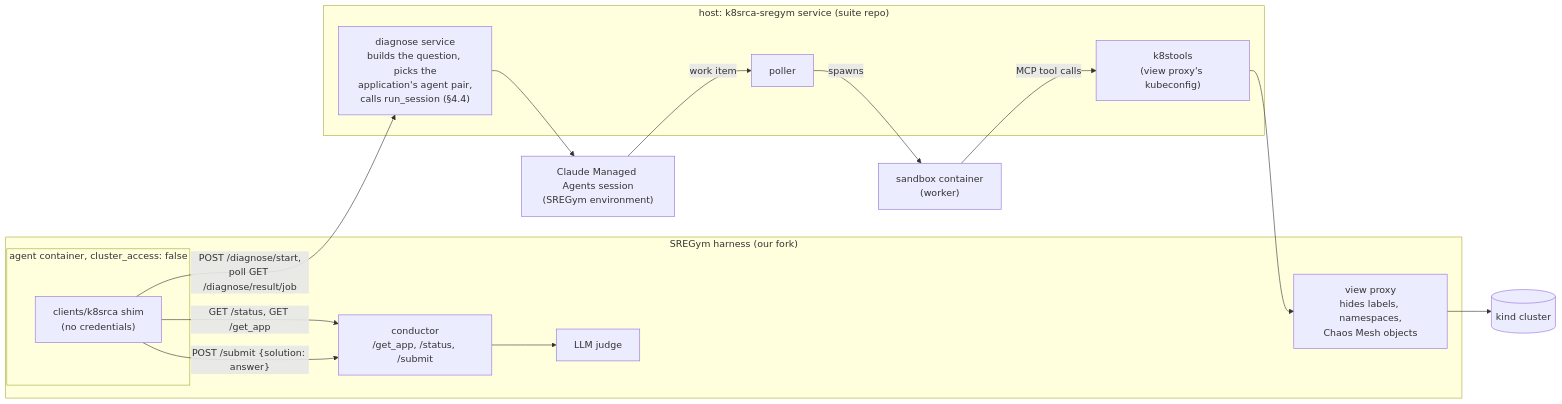
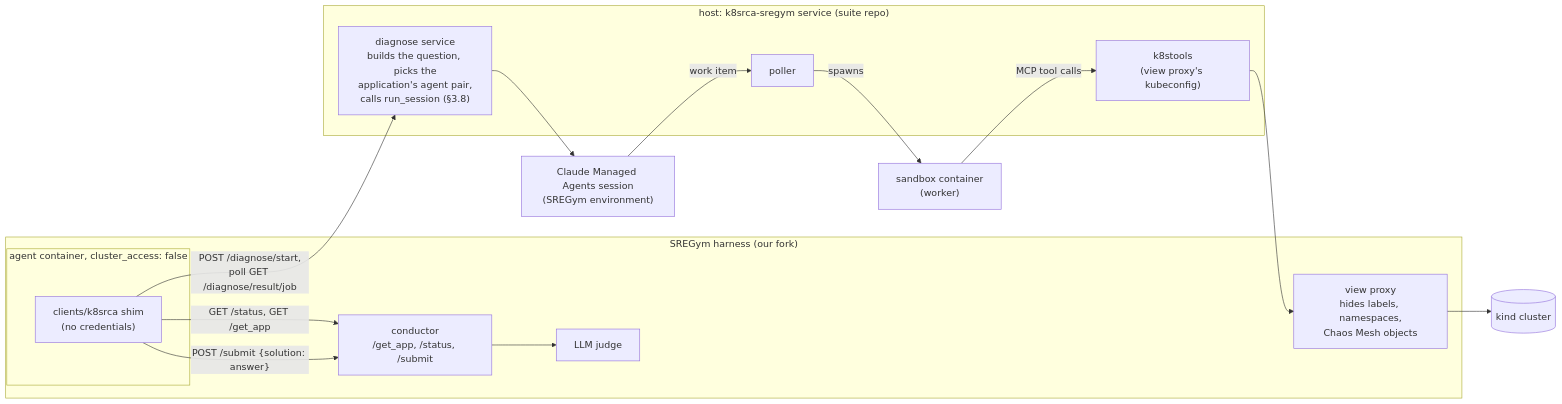
Before and after one commit to BenedatLLC/k8srca: the third of 3 diagrams in designs/014-sregym.md, drawn with Mermaid. The commit also changed other lines of this file and 29 other files, not shown here.

````diff
--- a/designs/014-sregym.md
+++ b/designs/014-sregym.md
@@ -281,29 +401,29 @@
 ```mermaid
 flowchart LR
     subgraph SG["SREGym harness (our fork)"]
         COND["conductor<br/>/get_app, /status, /submit"]
         subgraph AC["agent container, cluster_access: false"]
             SHIM["clients/k8srca shim<br/>(no credentials)"]
         end
         VP["view proxy<br/>hides labels, namespaces,<br/>Chaos Mesh objects"]
         JUDGE["LLM judge"]
     end
     subgraph HOST["host: k8srca-sregym service (suite repo)"]
-        SVC["diagnose service<br/>builds the question, picks the<br/>application's agent pair,<br/>calls run_session (§4.4)"]
+        SVC["diagnose service<br/>builds the question, picks the<br/>application's agent pair,<br/>calls run_session (§3.8)"]
         POLL["poller"]
         K8T["k8stools<br/>(view proxy's kubeconfig)"]
     end
     MA["Claude Managed Agents session<br/>(SREGym environment)"]
     SB["sandbox container<br/>(worker)"]
     KIND[("kind cluster")]
 
     SHIM -- "GET /status, GET /get_app" --> COND
     SHIM -- "POST /diagnose/start,<br/>poll GET /diagnose/result/job" --> SVC
     SVC --> MA
     MA -- "work item" --> POLL
     POLL -- "spawns" --> SB
     SB -- "MCP tool calls" --> K8T
     K8T --> VP --> KIND
     SHIM -- "POST /submit {solution: answer}" --> COND
     COND --> JUDGE
 ```
````
